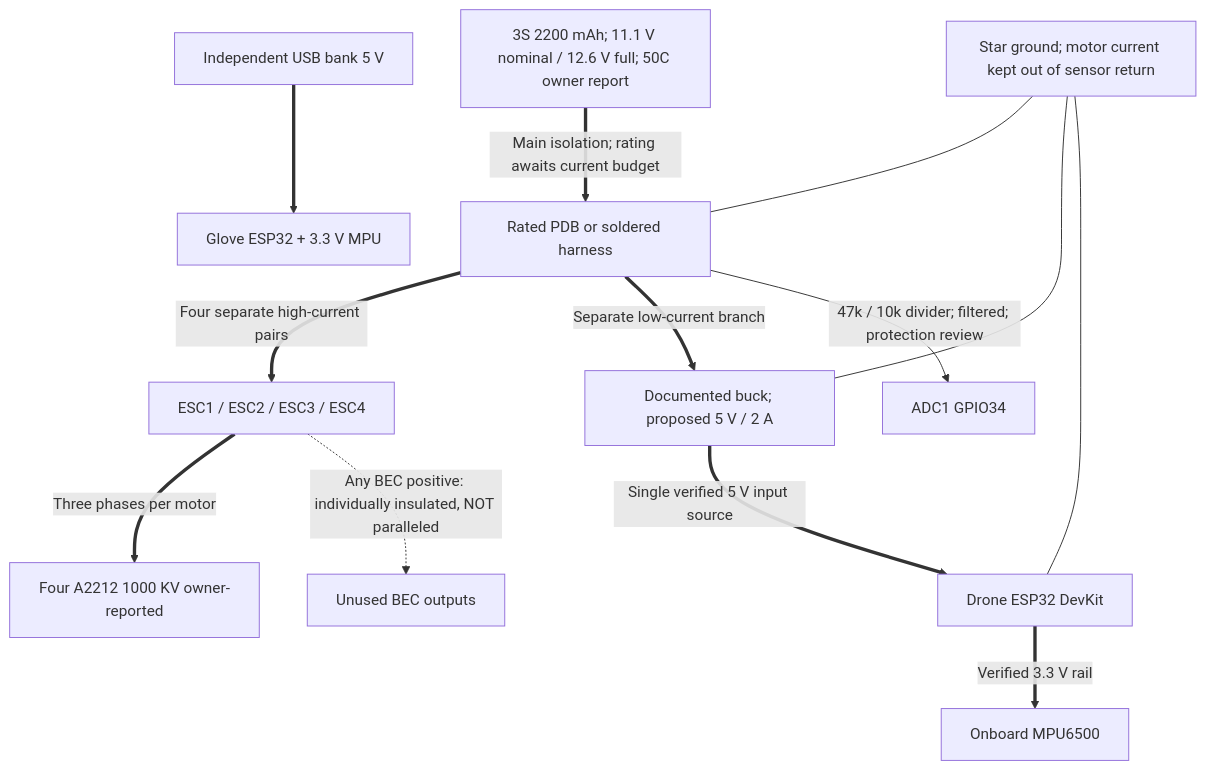
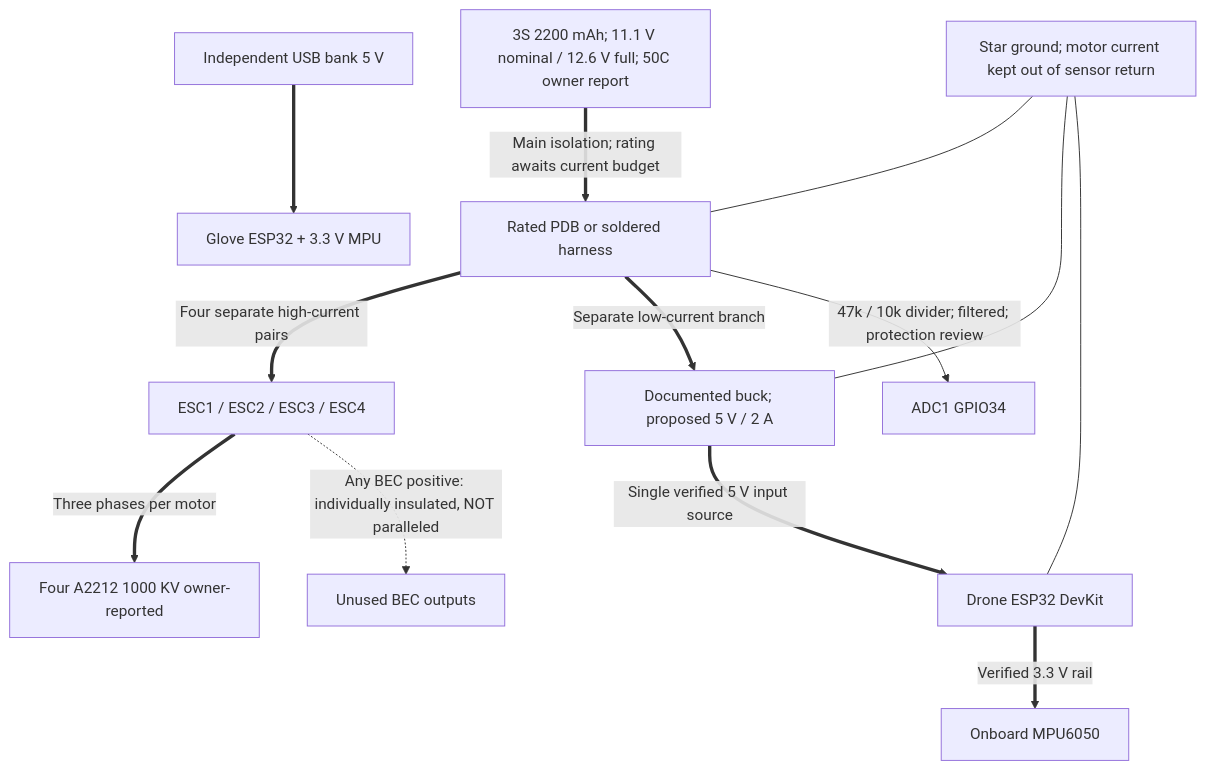
Before and after one commit to diyan07-ctrl/esp32-gesture-controlled-drone: the diagram in diagrams/power-distribution.mmd, drawn with Mermaid. The commit also changed 40 other files, not shown here.

```diff
--- a/diagrams/power-distribution.mmd
+++ b/diagrams/power-distribution.mmd
@@ -1,13 +1,13 @@
 flowchart TB
   B["3S 2200 mAh; 11.1 V nominal / 12.6 V full; 50C owner report"] ==>|"Main isolation; rating awaits current budget"| P["Rated PDB or soldered harness"]
   P ==>|"Four separate high-current pairs"| E["ESC1 / ESC2 / ESC3 / ESC4"]
   E ==>|"Three phases per motor"| M["Four A2212 1000 KV owner-reported"]
   P ==>|"Separate low-current branch"| BU["Documented buck; proposed 5 V / 2 A"]
   BU ==>|"Single verified 5 V input source"| ESP["Drone ESP32 DevKit"]
-  ESP ==>|"Verified 3.3 V rail"| IMU["Onboard MPU6500"]
+  ESP ==>|"Verified 3.3 V rail"| IMU["Onboard MPU6050"]
   P -->|"47k / 10k divider; filtered; protection review"| ADC["ADC1 GPIO34"]
   G["Star ground; motor current kept out of sensor return"] --- P
   G --- BU
   G --- ESP
   GB["Independent USB bank 5 V"] ==> GL["Glove ESP32 + 3.3 V MPU"]
   E -.->|"Any BEC positive: individually insulated, NOT paralleled"| ISO["Unused BEC outputs"]
```
